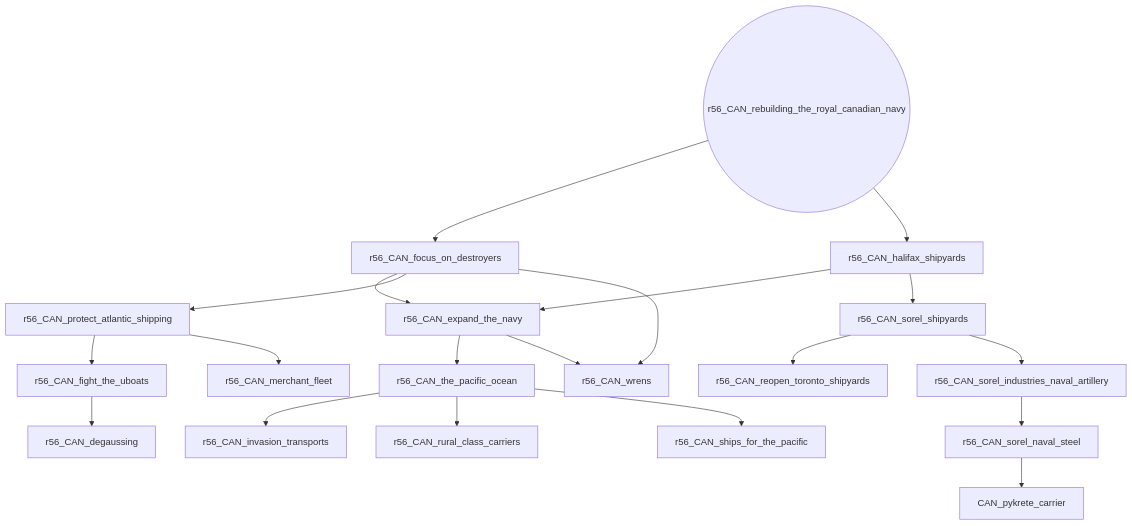
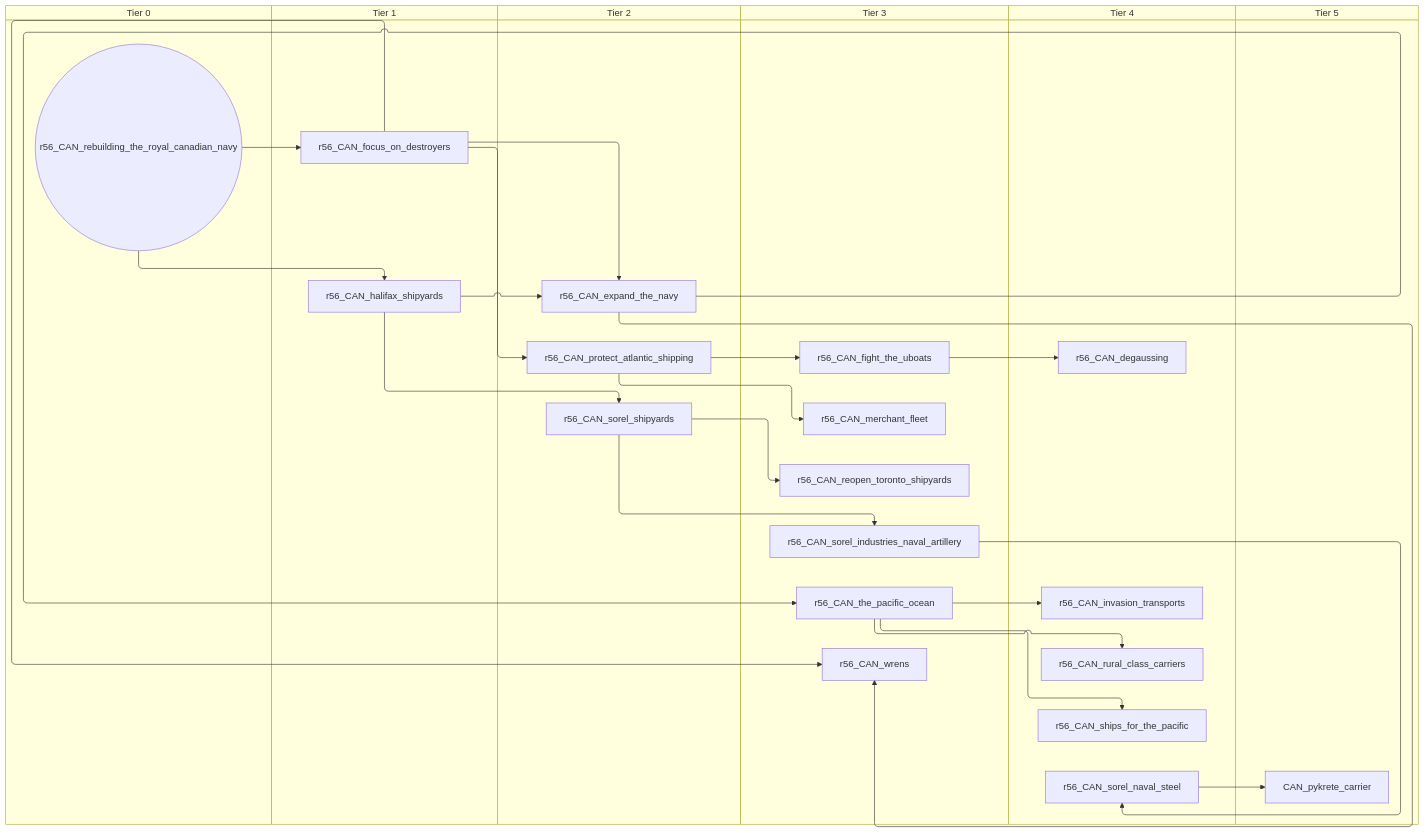
One commit to evgeny-sobol/hoi4-sandbox-mode-r56 changed the sixth of 11 diagrams in docs/gdd/National Focuses/canada.md. Above: the diagram before and after it, drawn with Mermaid. The commit also changed other lines of this file and 423 other files, not shown here.

First line of the commit message:
Re-export Rt56 focus trees as swimlane diagrams

````diff
--- a/docs/gdd/National Focuses/canada.md
+++ b/docs/gdd/National Focuses/canada.md
@@ -582,40 +658,52 @@
 ```mermaid
-flowchart TD
-    n138["CAN_pykrete_carrier"]
-    n139["r56_CAN_degaussing"]
-    n140["r56_CAN_expand_the_navy"]
-    n141["r56_CAN_fight_the_uboats"]
-    n142["r56_CAN_focus_on_destroyers"]
-    n143["r56_CAN_halifax_shipyards"]
-    n144["r56_CAN_invasion_transports"]
-    n145["r56_CAN_merchant_fleet"]
-    n146["r56_CAN_protect_atlantic_shipping"]
-    n147(("r56_CAN_rebuilding_the_royal_canadian_navy"))
-    n148["r56_CAN_reopen_toronto_shipyards"]
-    n149["r56_CAN_rural_class_carriers"]
-    n150["r56_CAN_ships_for_the_pacific"]
-    n151["r56_CAN_sorel_industries_naval_artillery"]
-    n152["r56_CAN_sorel_naval_steel"]
-    n153["r56_CAN_sorel_shipyards"]
-    n154["r56_CAN_the_pacific_ocean"]
-    n155["r56_CAN_wrens"]
-    n152 --> n138
-    n141 --> n139
-    n143 --> n140
-    n142 --> n140
-    n146 --> n141
-    n147 --> n142
-    n147 --> n143
-    n154 --> n144
-    n146 --> n145
-    n142 --> n146
-    n153 --> n148
-    n154 --> n149
-    n154 --> n150
-    n153 --> n151
-    n151 --> n152
-    n143 --> n153
-    n140 --> n154
-    n140 --> n155
-    n142 --> n155
+swimlane-beta TD
+    subgraph tier_0["Tier 0"]
+        n138(("r56_CAN_rebuilding_the_royal_canadian_navy"))
+    end
+    subgraph tier_1["Tier 1"]
+        n139["r56_CAN_focus_on_destroyers"]
+        n140["r56_CAN_halifax_shipyards"]
+    end
+    subgraph tier_2["Tier 2"]
+        n141["r56_CAN_expand_the_navy"]
+        n142["r56_CAN_protect_atlantic_shipping"]
+        n143["r56_CAN_sorel_shipyards"]
+    end
+    subgraph tier_3["Tier 3"]
+        n144["r56_CAN_fight_the_uboats"]
+        n145["r56_CAN_merchant_fleet"]
+        n146["r56_CAN_reopen_toronto_shipyards"]
+        n147["r56_CAN_sorel_industries_naval_artillery"]
+        n148["r56_CAN_the_pacific_ocean"]
+        n149["r56_CAN_wrens"]
+    end
+    subgraph tier_4["Tier 4"]
+        n150["r56_CAN_degaussing"]
+        n151["r56_CAN_invasion_transports"]
+        n152["r56_CAN_rural_class_carriers"]
+        n153["r56_CAN_ships_for_the_pacific"]
+        n154["r56_CAN_sorel_naval_steel"]
+    end
+    subgraph tier_5["Tier 5"]
+        n155["CAN_pykrete_carrier"]
+    end
+    n154 --> n155
+    n144 --> n150
+    n140 --> n141
+    n139 --> n141
+    n142 --> n144
+    n138 --> n139
+    n138 --> n140
+    n148 --> n151
+    n142 --> n145
+    n139 --> n142
+    n143 --> n146
+    n148 --> n152
+    n148 --> n153
+    n143 --> n147
+    n147 --> n154
+    n140 --> n143
+    n141 --> n148
+    n141 --> n149
+    n139 --> n149
 ```
````
